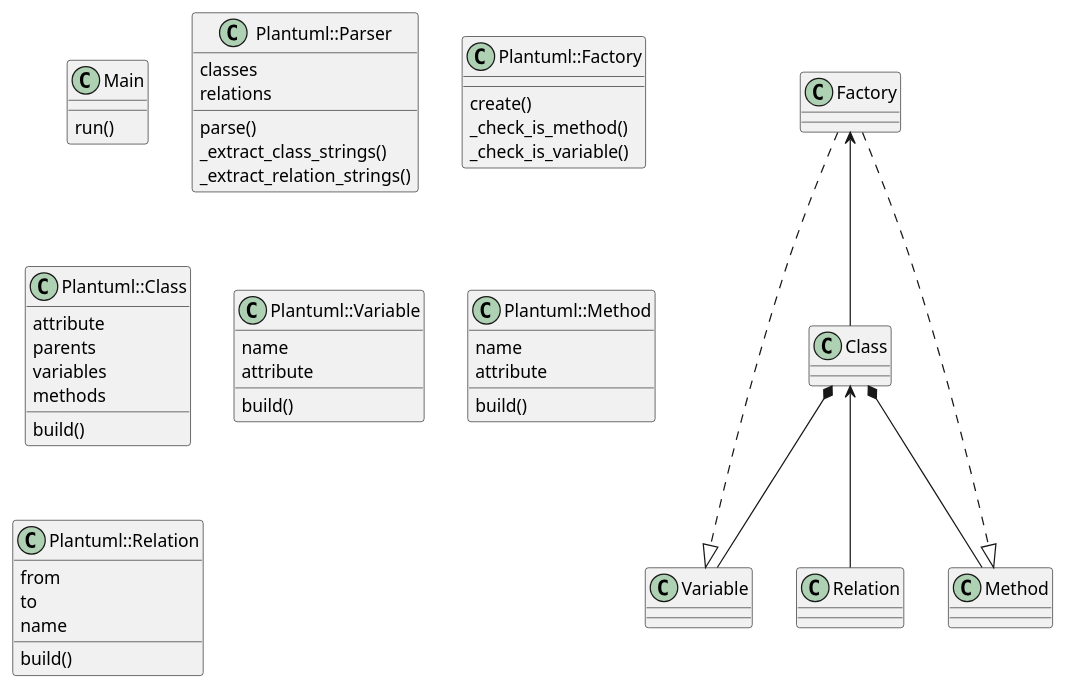
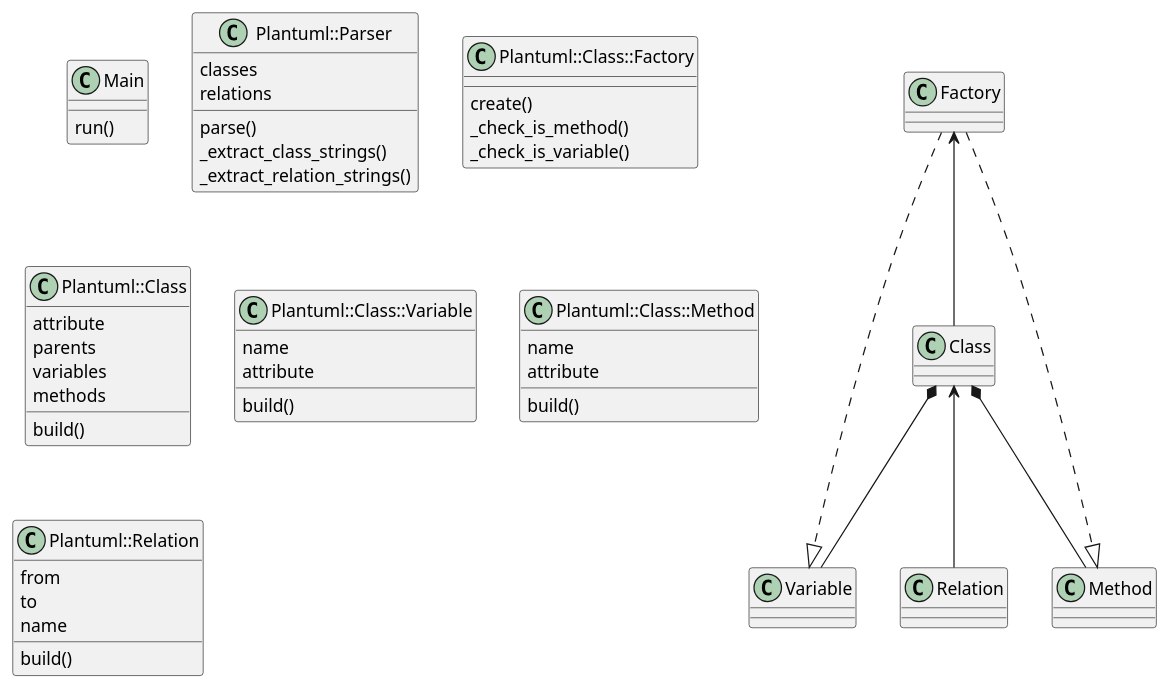
The diagram in t/fixture/relation.pu (Kesin11/plantuml_class_digram_parse), drawn with PlantUML before and after one commit. The commit also changed 9 other files, not shown here.

```diff
--- a/t/fixture/relation.pu
+++ b/t/fixture/relation.pu
@@ -1,55 +1,55 @@
 @startuml
 
 class Main {
   run()
 }
 
 class Plantuml::Parser {
   classes
   relations
   parse()
   _extract_class_strings()
   _extract_relation_strings()
 }
 
-class Plantuml::Factory {
+class Plantuml::Class::Factory {
   create()
   _check_is_method()
   _check_is_variable()
 }
 
 class Plantuml::Class {
   attribute
   parents
   variables
   methods
   build()
 }
 
-class Plantuml::Variable {
+class Plantuml::Class::Variable {
   name
   attribute
   build()
 }
 
-class Plantuml::Method {
+class Plantuml::Class::Method {
   name
   attribute
   build()
 }
 
 class Plantuml::Relation {
   from
   to
   name
   build()
 }
 
 Class *-- Variable
 Class *-- Method
 Class <-- Relation
 Factory <-- Class
 Factory ..|> Variable
 Factory ..|> Method
 
 @enduml
```
